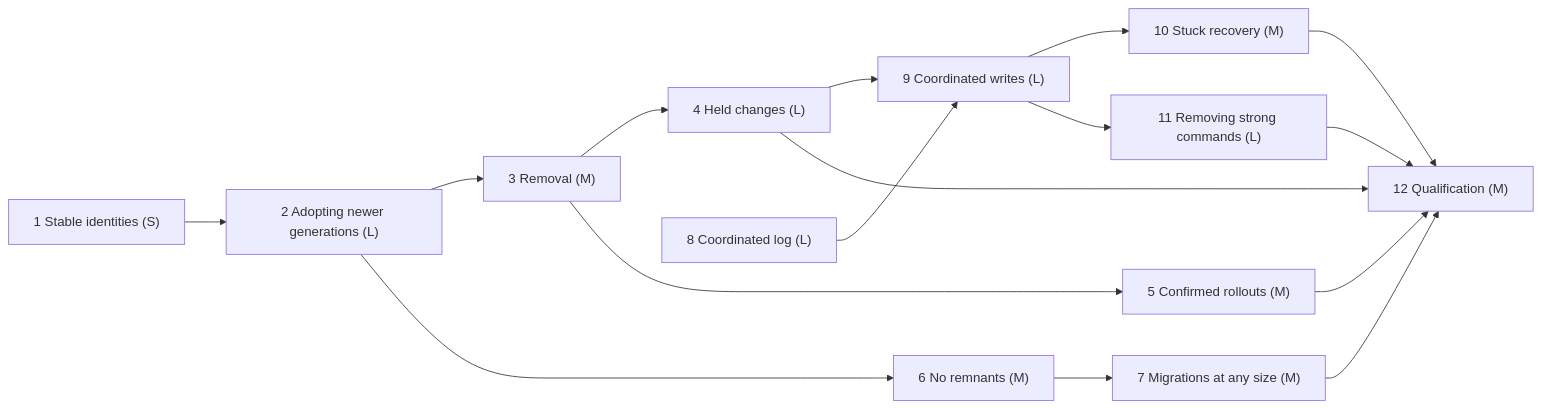
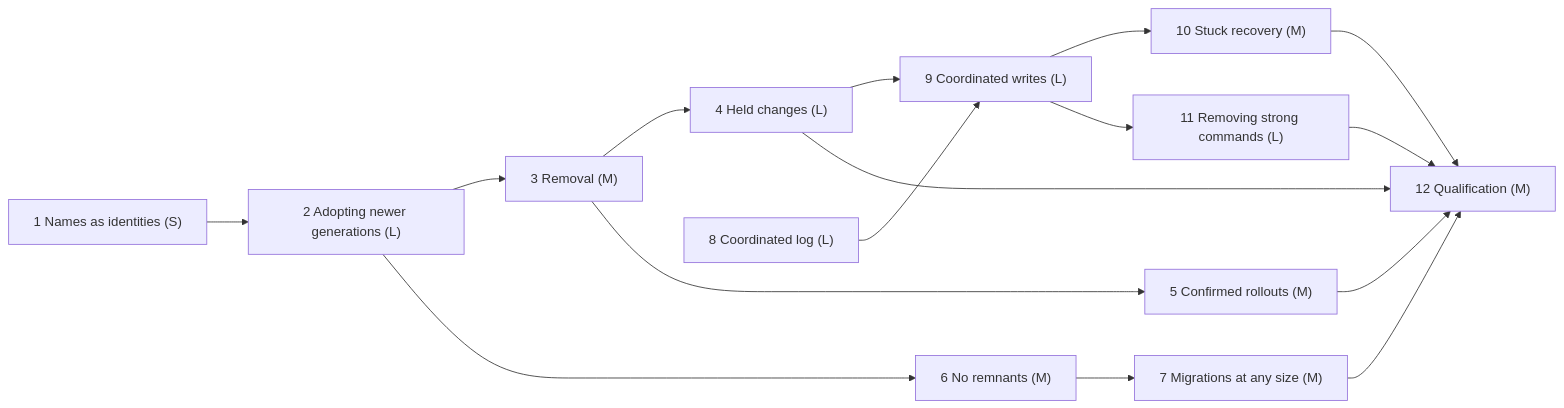
One commit to BierDav/rocky changed the diagram in docs/features_09/README.md. Above: the diagram before and after it, drawn with Mermaid. The commit also changed other lines of this file and 71 other files, not shown here.

First line of the commit message:
feat(rocky-core)!: make table and field names their identities

````diff
--- a/docs/features_09/README.md
+++ b/docs/features_09/README.md
@@ -112,18 +114,18 @@
 ```mermaid
 flowchart LR
-    P1["1 Stable identities (S)"] --> P2["2 Adopting newer generations (L)"]
+    P1["1 Names as identities (S)"] --> P2["2 Adopting newer generations (L)"]
     P2 --> P3["3 Removal (M)"]
     P3 --> P4["4 Held changes (L)"]
     P3 --> P5["5 Confirmed rollouts (M)"]
     P2 --> P6["6 No remnants (M)"]
     P6 --> P7["7 Migrations at any size (M)"]
     P8["8 Coordinated log (L)"] --> P9["9 Coordinated writes (L)"]
     P4 --> P9
     P9 --> P10["10 Stuck recovery (M)"]
     P9 --> P11["11 Removing strong commands (L)"]
     P4 --> P12["12 Qualification (M)"]
     P5 --> P12
     P7 --> P12
     P10 --> P12
     P11 --> P12
 ```
````
